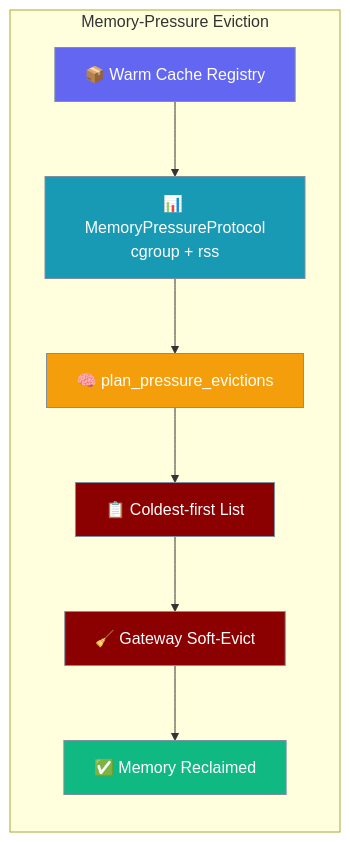
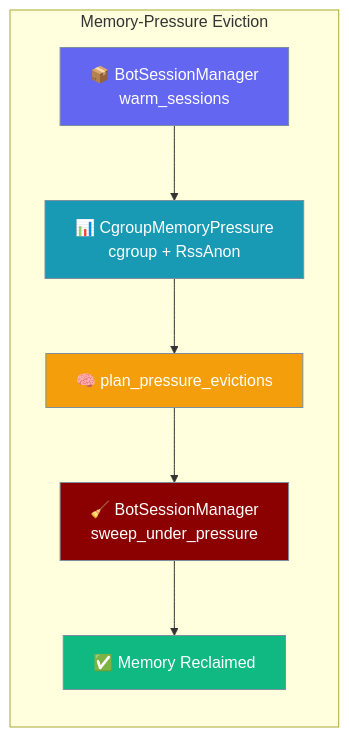
One commit to MervinPraison/PraisonAIDocs changed the first of 3 diagrams in docs/features/gateway-memory-pressure-eviction.mdx. Above: the diagram before and after it, drawn with Mermaid. The commit also changed other lines of this file and 2 other files, not shown here.

First line of the commit message:
docs: update gateway-memory-pressure-eviction for wrapper-side wiring (fixes #3265)

````diff
--- a/docs/features/gateway-memory-pressure-eviction.mdx
+++ b/docs/features/gateway-memory-pressure-eviction.mdx
@@ -25,22 +27,21 @@
 ```mermaid
 graph LR
     subgraph "Memory-Pressure Eviction"
-        Warm[📦 Warm Cache Registry] --> Probe[📊 MemoryPressureProtocol<br/>cgroup + rss]
+        Warm[📦 BotSessionManager<br/>warm_sessions] --> Probe[📊 CgroupMemoryPressure<br/>cgroup + RssAnon]
         Probe --> Plan[🧠 plan_pressure_evictions]
-        Plan --> List[📋 Coldest-first List]
-        List --> Evict[🧹 Gateway Soft-Evict]
-        Evict --> Free[✅ Memory Reclaimed]
+        Plan --> Enact[🧹 BotSessionManager<br/>sweep_under_pressure]
+        Enact --> Free[✅ Memory Reclaimed]
     end
 
     classDef store fill:#6366F1,stroke:#7C90A0,color:#fff
     classDef probe fill:#189AB4,stroke:#7C90A0,color:#fff
     classDef plan fill:#F59E0B,stroke:#7C90A0,color:#fff
-    classDef list fill:#8B0000,stroke:#7C90A0,color:#fff
+    classDef enact fill:#8B0000,stroke:#7C90A0,color:#fff
     classDef free fill:#10B981,stroke:#7C90A0,color:#fff
 
     class Warm store
     class Probe probe
     class Plan plan
-    class List,Evict list
+    class Enact enact
     class Free free
 ```
````
